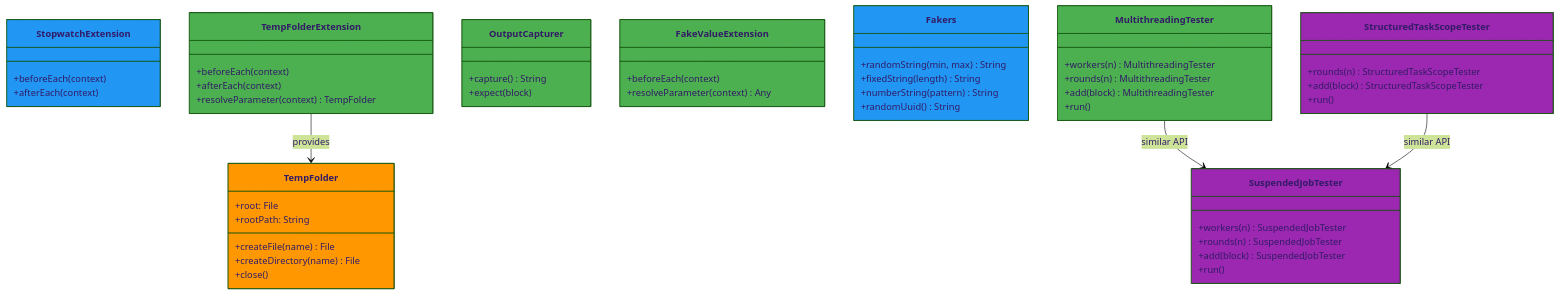
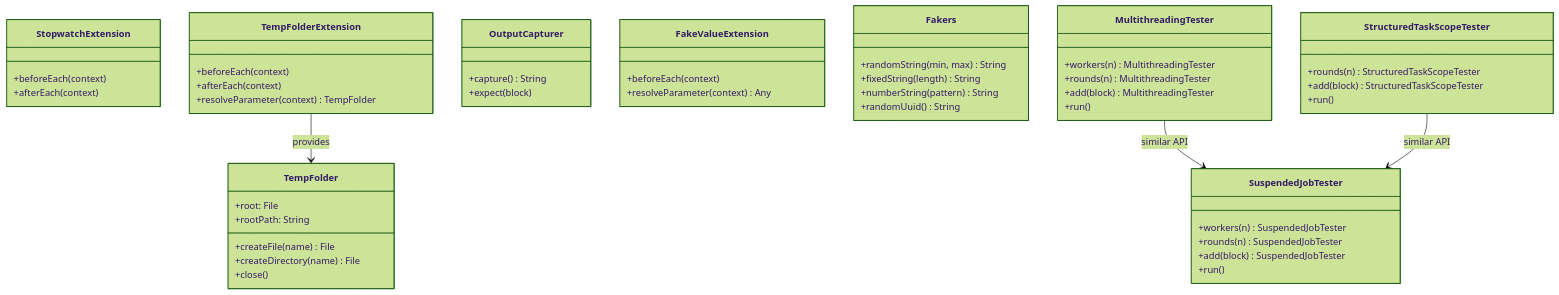
One commit to bluetape4k/bluetape4k-projects changed the second of 3 diagrams in testing/junit5/README.md. Above: the diagram before and after it, drawn with Mermaid (forest theme). The commit also changed 95 other files, not shown here.

First line of the commit message:
docs: Mermaid 파서 오류 전체 수정 (IntelliJ IDEA 호환)

````diff
--- a/testing/junit5/README.md
+++ b/testing/junit5/README.md
@@ -768,59 +768,55 @@
 ```mermaid
 classDiagram
-    class StopwatchExtension:::utilStyle {
+    class StopwatchExtension {
         +beforeEach(context)
         +afterEach(context)
     }
-    class TempFolderExtension:::serviceStyle {
+    class TempFolderExtension {
         +beforeEach(context)
         +afterEach(context)
         +resolveParameter(context) TempFolder
     }
-    class TempFolder:::modelStyle {
+    class TempFolder {
         +root: File
         +rootPath: String
         +createFile(name) File
         +createDirectory(name) File
         +close()
     }
-    class OutputCapturer:::serviceStyle {
+    class OutputCapturer {
         +capture() String
         +expect(block)
     }
-    class FakeValueExtension:::serviceStyle {
+    class FakeValueExtension {
         +beforeEach(context)
         +resolveParameter(context) Any
     }
-    class Fakers:::utilStyle {
+    class Fakers {
         +randomString(min, max) String
         +fixedString(length) String
         +numberString(pattern) String
         +randomUuid() String
     }
-    class MultithreadingTester:::serviceStyle {
+    class MultithreadingTester {
         +workers(n) MultithreadingTester
         +rounds(n) MultithreadingTester
         +add(block) MultithreadingTester
         +run()
     }
-    class SuspendedJobTester:::asyncStyle {
+    class SuspendedJobTester {
         +workers(n) SuspendedJobTester
         +rounds(n) SuspendedJobTester
         +add(block) SuspendedJobTester
         +run()
     }
-    class StructuredTaskScopeTester:::asyncStyle {
+    class StructuredTaskScopeTester {
         +rounds(n) StructuredTaskScopeTester
         +add(block) StructuredTaskScopeTester
         +run()
     }
 
     TempFolderExtension --> TempFolder : provides
     MultithreadingTester --> SuspendedJobTester : similar API
     StructuredTaskScopeTester --> SuspendedJobTester : similar API
 
-    classDef utilStyle    fill:#2196F3
-    classDef serviceStyle fill:#4CAF50
-    classDef modelStyle   fill:#FF9800
-    classDef asyncStyle   fill:#9C27B0
 ```
````
